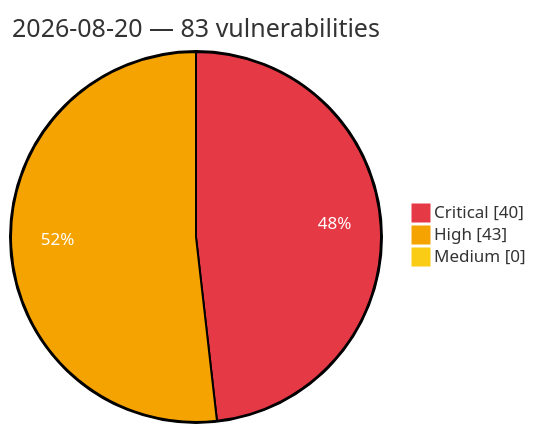
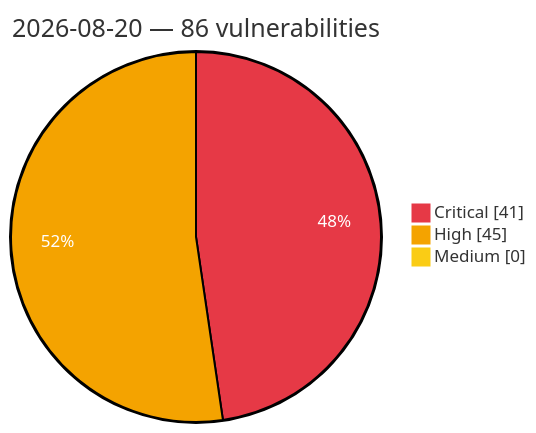
One commit to GhostX0X/vuln-tracker changed the diagram in vulnerabilities/2026/August/2026-08-20.md. Above: the diagram before and after it, drawn with Mermaid. The commit also changed other lines of this file and 5 other files, not shown here.

Commit message:
Auto update: critical/high vulns (2026-08-20 20:55 UTC)

````diff
--- a/vulnerabilities/2026/August/2026-08-20.md
+++ b/vulnerabilities/2026/August/2026-08-20.md
@@ -3,8 +3,8 @@
 ```mermaid
 %%{init: {'theme':'base', 'themeVariables': {'pie1':'#e63946', 'pie2':'#f4a300', 'pie3':'#facc15', 'pieOpacity':'1', 'pieOuterStrokeWidth':'2px', 'pieSectionTextColor':'#ffffff'}}}%%
 pie showData
-    title 2026-08-20 — 83 vulnerabilities
-    "Critical" : 40
-    "High" : 43
+    title 2026-08-20 — 86 vulnerabilities
+    "Critical" : 41
+    "High" : 45
     "Medium" : 0
 ```
````
